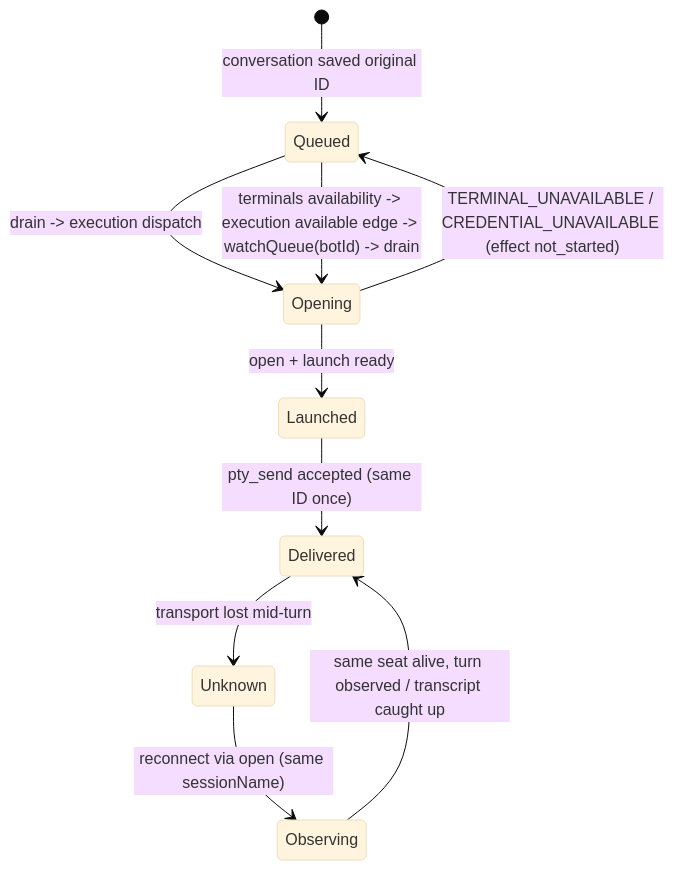
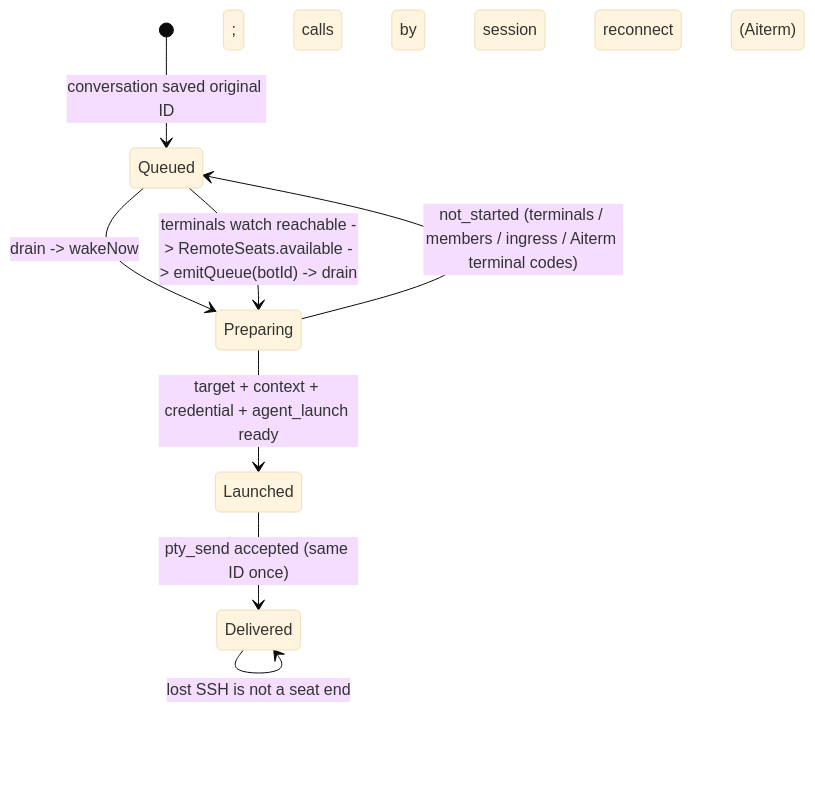
One commit to kitepon/BellTeam changed the second of 2 diagrams in docs/architecture/modules/execution/remote-seat.md. Above: the diagram before and after it, drawn with Mermaid (base theme). The commit also changed other lines of this file and 5 other files, not shown here.

Commit message:
execution: remote seats on the one launch path (same agent_launch with terminal + cwd); target revision relaunch; private env names

````diff
--- a/docs/architecture/modules/execution/remote-seat.md
+++ b/docs/architecture/modules/execution/remote-seat.md
@@ -72,12 +65,10 @@
 ```mermaid
 stateDiagram-v2
   [*] --> Queued: conversation saved original ID
-  Queued --> Opening: drain -> execution dispatch
-  Opening --> Launched: open + launch ready
-  Opening --> Queued: TERMINAL_UNAVAILABLE / CREDENTIAL_UNAVAILABLE (effect not_started)
+  Queued --> Preparing: drain -> wakeNow
+  Preparing --> Launched: target + context + credential + agent_launch ready
+  Preparing --> Queued: not_started (terminals / members / ingress / Aiterm terminal codes)
   Launched --> Delivered: pty_send accepted (same ID once)
-  Queued --> Opening: terminals availability -> execution available edge -> watchQueue(botId) -> drain
-  Delivered --> Unknown: transport lost mid-turn
-  Unknown --> Observing: reconnect via open (same sessionName)
-  Observing --> Delivered: same seat alive, turn observed / transcript caught up
+  Queued --> Preparing: terminals watch reachable -> RemoteSeats.available -> emitQueue(botId) -> drain
+  Delivered --> Delivered: lost SSH is not a seat end; calls by session reconnect (Aiterm)
 ```
````
